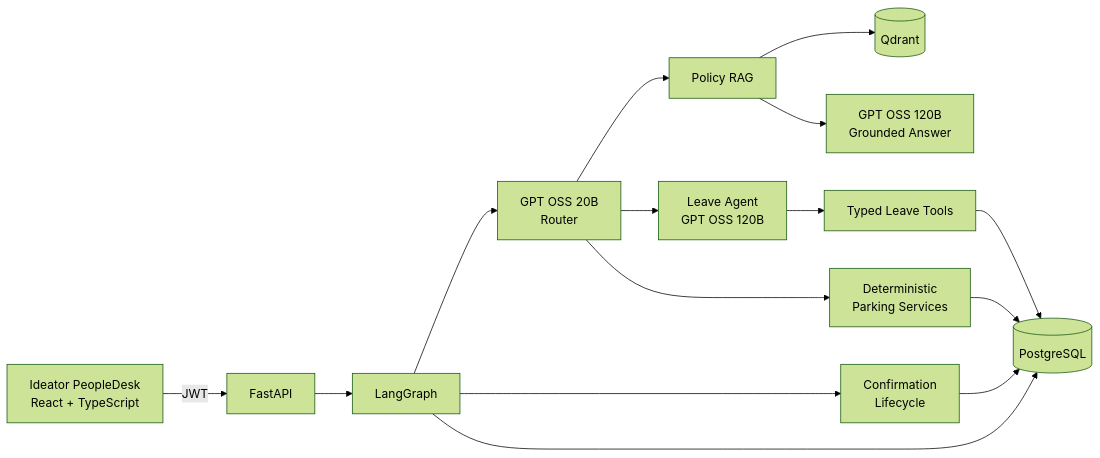
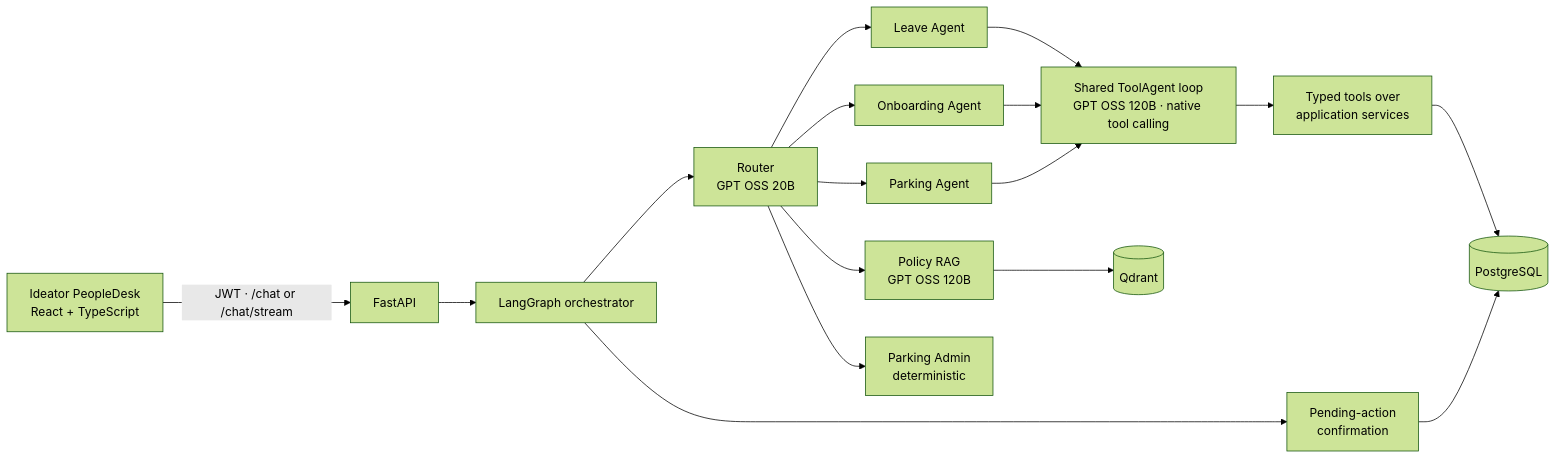
One commit to Hariharan27/Agentic-HR-Employee-Assistant changed the diagram in README.md. Above: the diagram before and after it, drawn with Mermaid (forest theme). The commit also changed other lines of this file and 3 other files, not shown here.

First line of the commit message:
Update README, architecture, demo script and eval docs to the current system

````diff
--- a/README.md
+++ b/README.md
@@ -29,17 +32,17 @@
 ```mermaid
 flowchart LR
-    UI[Ideator PeopleDesk\nReact + TypeScript] -->|JWT| API[FastAPI]
-    API --> GRAPH[LangGraph]
-    GRAPH --> ROUTER[GPT OSS 20B\nRouter]
-    GRAPH --> CONFIRM[Confirmation\nLifecycle]
-    ROUTER --> POLICY[Policy RAG]
-    ROUTER --> LEAVE_AGENT[Leave Agent\nGPT OSS 120B]
-    LEAVE_AGENT --> LEAVE_TOOLS[Typed Leave Tools]
-    ROUTER --> PARKING[Deterministic\nParking Services]
+    UI[Ideator PeopleDesk\nReact + TypeScript] -->|JWT · /chat or /chat/stream| API[FastAPI]
+    API --> GRAPH[LangGraph orchestrator]
+    GRAPH --> CONFIRM[Pending-action\nconfirmation]
+    GRAPH --> ROUTER[Router\nGPT OSS 20B]
+    ROUTER --> POLICY[Policy RAG\nGPT OSS 120B]
+    ROUTER --> LEAVE[Leave Agent]
+    ROUTER --> ONB[Onboarding Agent]
+    ROUTER --> PARK[Parking Agent]
+    ROUTER --> PADMIN[Parking Admin\ndeterministic]
+    LEAVE & ONB & PARK --> LOOP[Shared ToolAgent loop\nGPT OSS 120B · native tool calling]
+    LOOP --> TOOLS[Typed tools over\napplication services]
     POLICY --> QDRANT[(Qdrant)]
-    POLICY --> MODEL[GPT OSS 120B\nGrounded Answer]
-    LEAVE_TOOLS --> POSTGRES[(PostgreSQL)]
-    PARKING --> POSTGRES
+    TOOLS --> POSTGRES[(PostgreSQL)]
     CONFIRM --> POSTGRES
-    GRAPH --> POSTGRES
 ```
````
